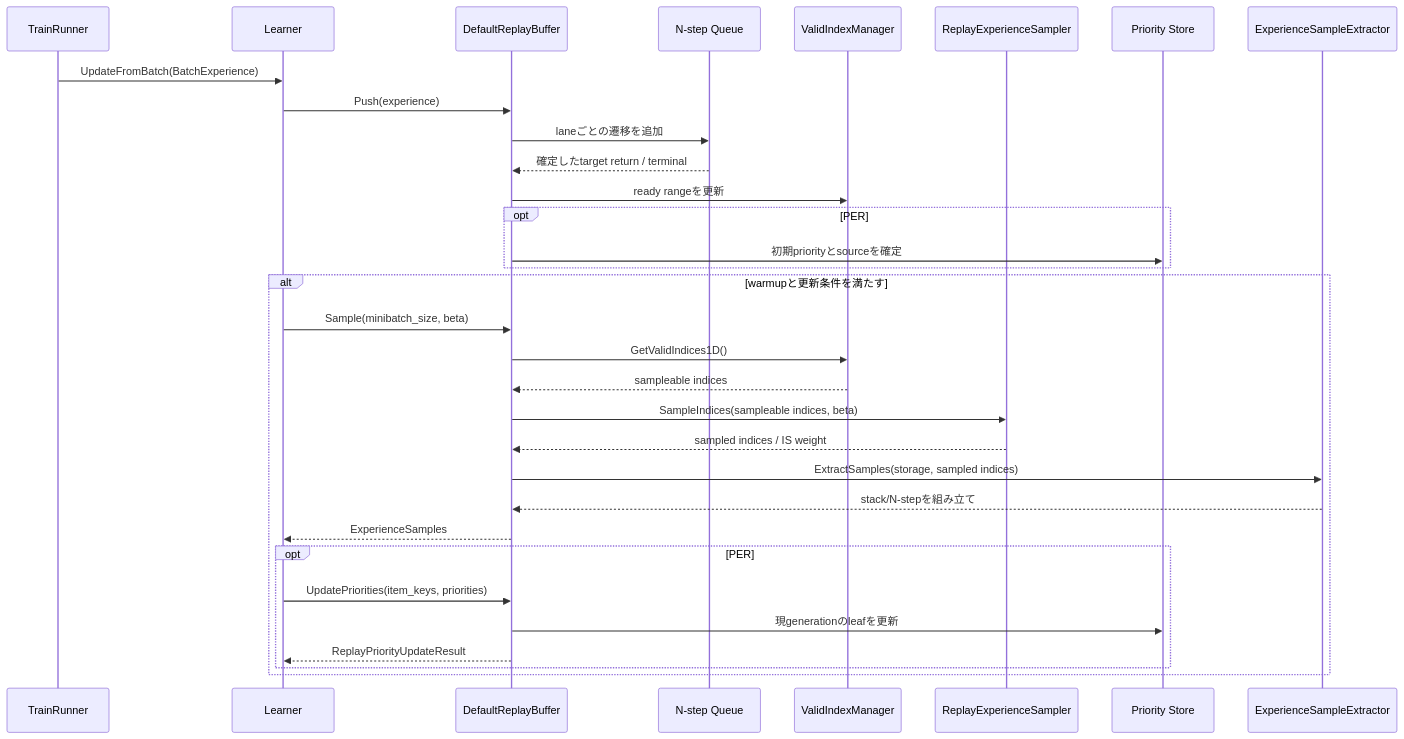
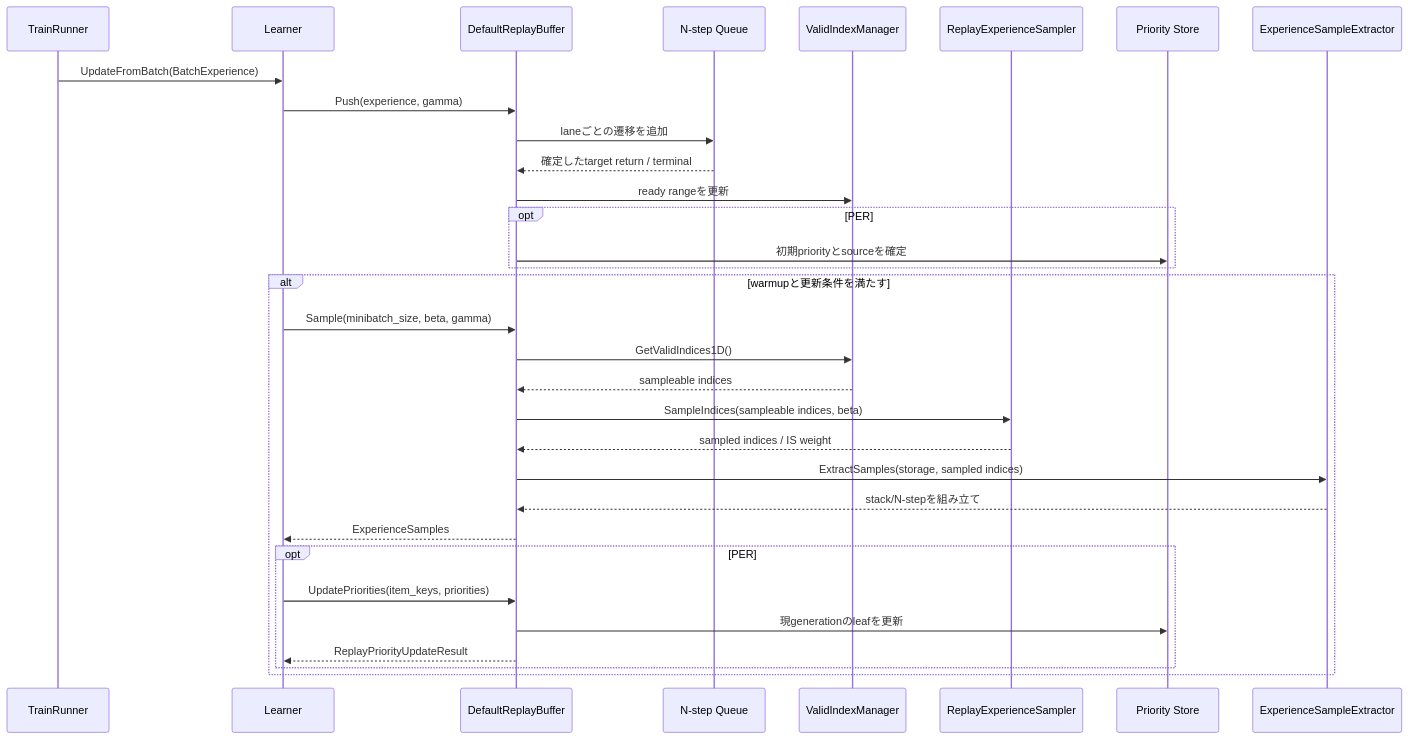
One commit to kazukin123/anet-lab changed the second of 3 diagrams in docs/design/150_replay_buffer.en.md. Above: the diagram before and after it, drawn with Mermaid. The commit also changed other lines of this file and 14 other files, not shown here.

````diff
--- a/docs/design/150_replay_buffer.en.md
+++ b/docs/design/150_replay_buffer.en.md
@@ -163,35 +169,35 @@
 ```mermaid
 sequenceDiagram
     participant R as TrainRunner
     participant L as Learner
     participant B as DefaultReplayBuffer
     participant Q as N-step Queue
     participant V as ValidIndexManager
     participant S as ReplayExperienceSampler
     participant P as Priority Store
     participant X as ExperienceSampleExtractor
 
     R->>L: UpdateFromBatch(BatchExperience)
-    L->>B: Push(experience)
+    L->>B: Push(experience, gamma)
     B->>Q: laneごとの遷移を追加
     Q-->>B: 確定したtarget return / terminal
     B->>V: ready rangeを更新
     opt PER
         B->>P: 初期priorityとsourceを確定
     end
     alt warmupと更新条件を満たす
-        L->>B: Sample(minibatch_size, beta)
+        L->>B: Sample(minibatch_size, beta, gamma)
         B->>V: GetValidIndices1D()
         V-->>B: sampleable indices
         B->>S: SampleIndices(sampleable indices, beta)
         S-->>B: sampled indices / IS weight
         B->>X: ExtractSamples(storage, sampled indices)
         X-->>B: stack/N-stepを組み立て
         B-->>L: ExperienceSamples
         opt PER
             L->>B: UpdatePriorities(item_keys, priorities)
             B->>P: 現generationのleafを更新
             B-->>L: ReplayPriorityUpdateResult
         end
     end
 ```
````
